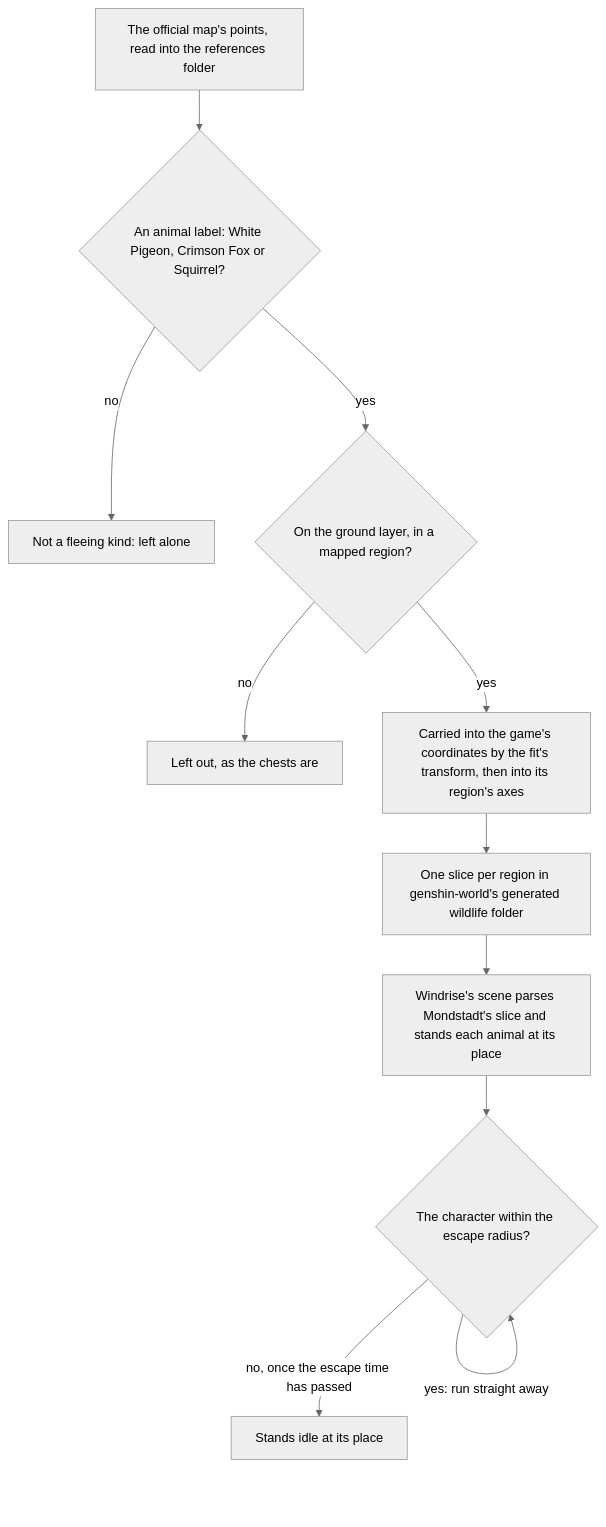
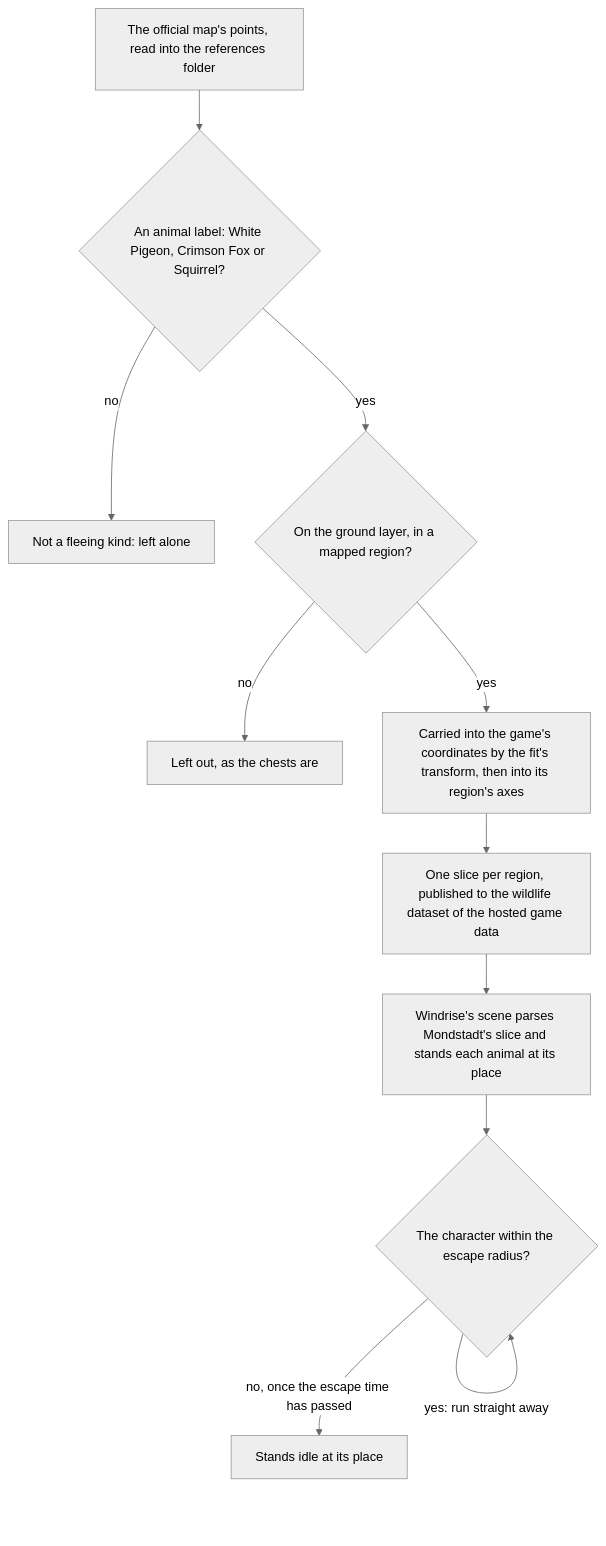
One commit to Esposter/Esposter changed the diagram in apps/web/content/docs/genshin/wildlife.md. Above: the diagram before and after it, drawn with Mermaid (neutral theme). The commit also changed other lines of this file and 10 other files, not shown here.

First line of the commit message:
docs(genshin): the map-point, offering, gathering and fishing pages describe their steps publishing to the game data

````diff
--- a/apps/web/content/docs/genshin/wildlife.md
+++ b/apps/web/content/docs/genshin/wildlife.md
@@ -12,13 +12,13 @@
 ```mermaid
 flowchart TD
   P["The official map's points, read into the references folder"] --> K{"An animal label: White Pigeon, Crimson Fox or Squirrel?"}
   K -->|"no"| SKIP["Not a fleeing kind: left alone"]
   K -->|"yes"| L{"On the ground layer, in a mapped region?"}
   L -->|"no"| UG["Left out, as the chests are"]
   L -->|"yes"| T["Carried into the game's coordinates by the fit's transform, then into its region's axes"]
-  T --> S["One slice per region in genshin-world's generated wildlife folder"]
+  T --> S["One slice per region, published to the wildlife dataset of the hosted game data"]
   S --> V["Windrise's scene parses Mondstadt's slice and stands each animal at its place"]
   V --> F{"The character within the escape radius?"}
   F -->|"yes: run straight away"| F
   F -->|"no, once the escape time has passed"| I["Stands idle at its place"]
 ```
````
